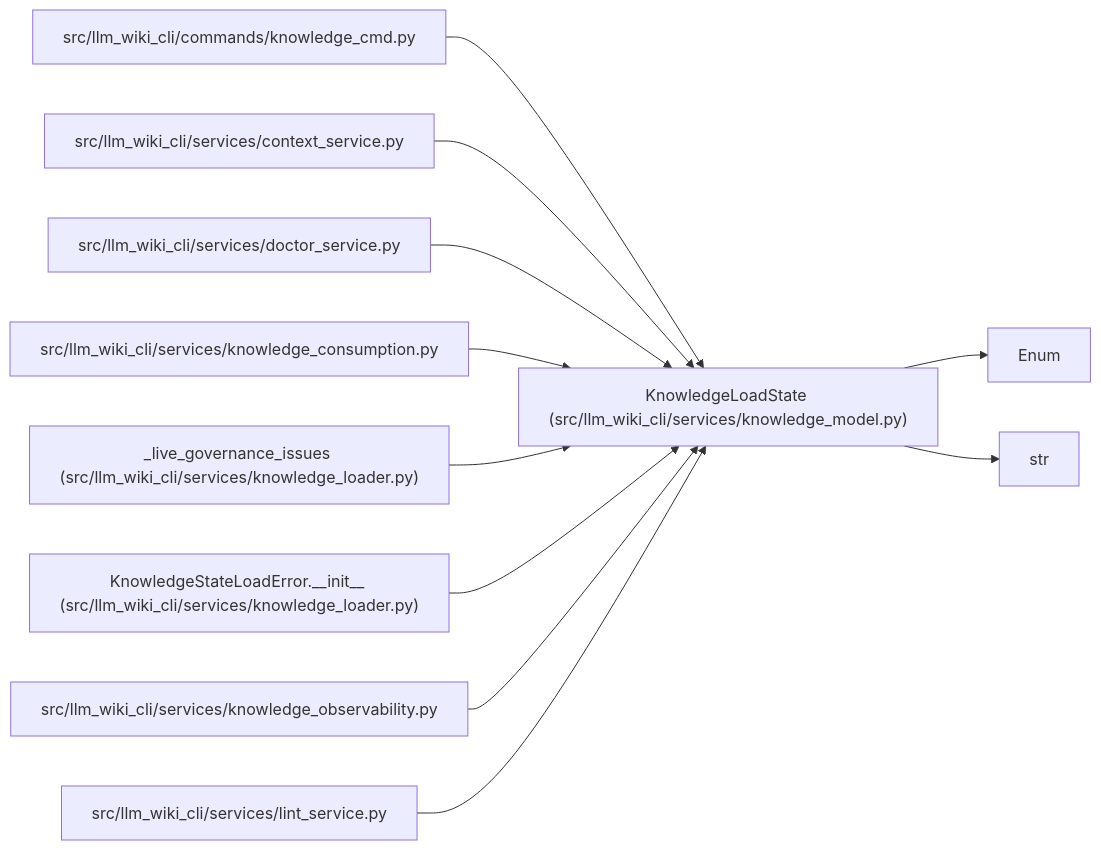
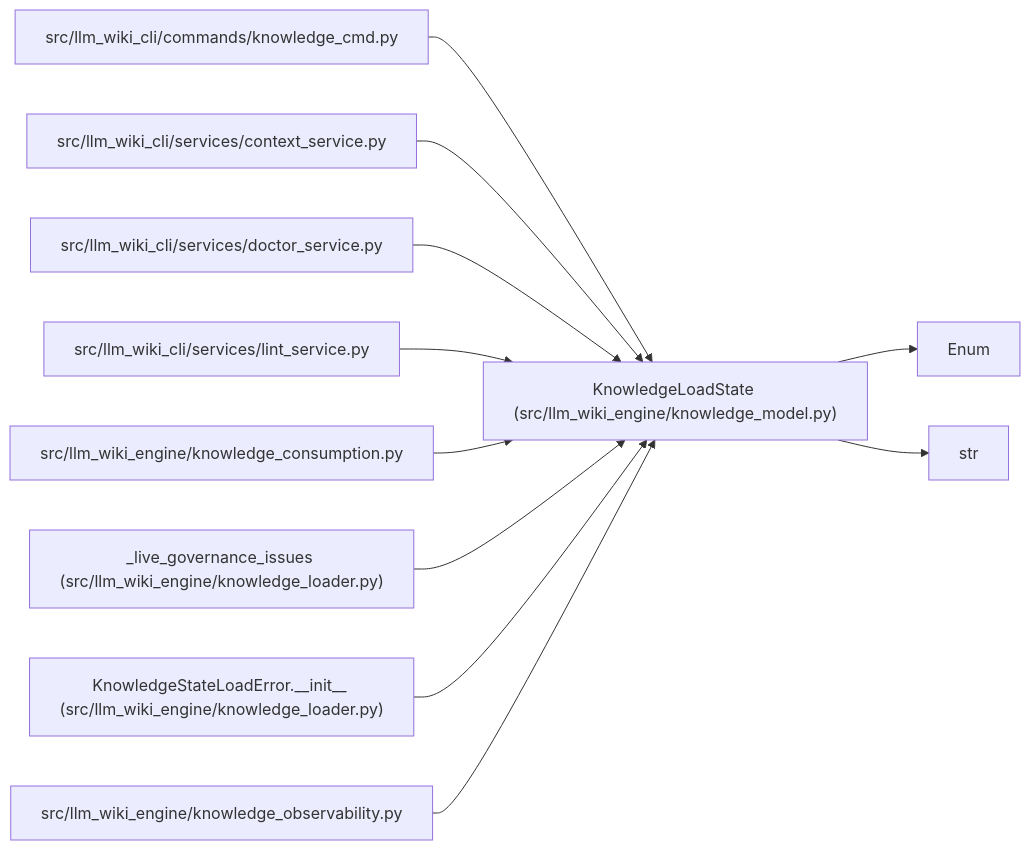
Before and after one commit to Denissvgn/python-wiki-llm: the diagram in docs/llm_wiki/entities/KnowledgeLoadState.md, drawn with Mermaid. The commit also changed other lines of this file and 1058 other files, not shown here.

First line of the commit message:
docs: refresh the wiki for the knowledge store move

````diff
--- a/docs/llm_wiki/entities/KnowledgeLoadState.md
+++ b/docs/llm_wiki/entities/KnowledgeLoadState.md
@@ -29,33 +29,33 @@
 ```mermaid
 flowchart LR
-    n0["KnowledgeLoadState (src/llm_wiki_cli/services/knowledge_model.py)"]
+    n0["KnowledgeLoadState (src/llm_wiki_engine/knowledge_model.py)"]
     n1["Enum"]
     n2["str"]
     n3["src/llm_wiki_cli/commands/knowledge_cmd.py"]
     n4["src/llm_wiki_cli/services/context_service.py"]
     n5["src/llm_wiki_cli/services/doctor_service.py"]
-    n6["src/llm_wiki_cli/services/knowledge_consumption.py"]
-    n7["_live_governance_issues (src/llm_wiki_cli/services/knowledge_loader.py)"]
-    n8["KnowledgeStateLoadError.__init__ (src/llm_wiki_cli/services/knowledge_loader.py)"]
-    n9["src/llm_wiki_cli/services/knowledge_observability.py"]
-    n10["src/llm_wiki_cli/services/lint_service.py"]
+    n6["src/llm_wiki_cli/services/lint_service.py"]
+    n7["src/llm_wiki_engine/knowledge_consumption.py"]
+    n8["_live_governance_issues (src/llm_wiki_engine/knowledge_loader.py)"]
+    n9["KnowledgeStateLoadError.__init__ (src/llm_wiki_engine/knowledge_loader.py)"]
+    n10["src/llm_wiki_engine/knowledge_observability.py"]
     n0 --> n1
     n0 --> n2
     n3 --> n0
     n4 --> n0
     n5 --> n0
     n6 --> n0
     n7 --> n0
     n8 --> n0
     n9 --> n0
     n10 --> n0
     click n0 "../modules/knowledge_model.md"
     click n3 "../modules/knowledge_cmd.md"
     click n4 "../modules/context_service.md"
     click n5 "../modules/doctor_service.md"
-    click n6 "../modules/knowledge_consumption.md"
-    click n7 "../modules/knowledge_loader.md"
+    click n6 "../modules/lint_service.md"
+    click n7 "../modules/knowledge_consumption.md"
     click n8 "../modules/knowledge_loader.md"
-    click n9 "../modules/knowledge_observability.md"
-    click n10 "../modules/lint_service.md"
+    click n9 "../modules/knowledge_loader.md"
+    click n10 "../modules/knowledge_observability.md"
 ```
````
